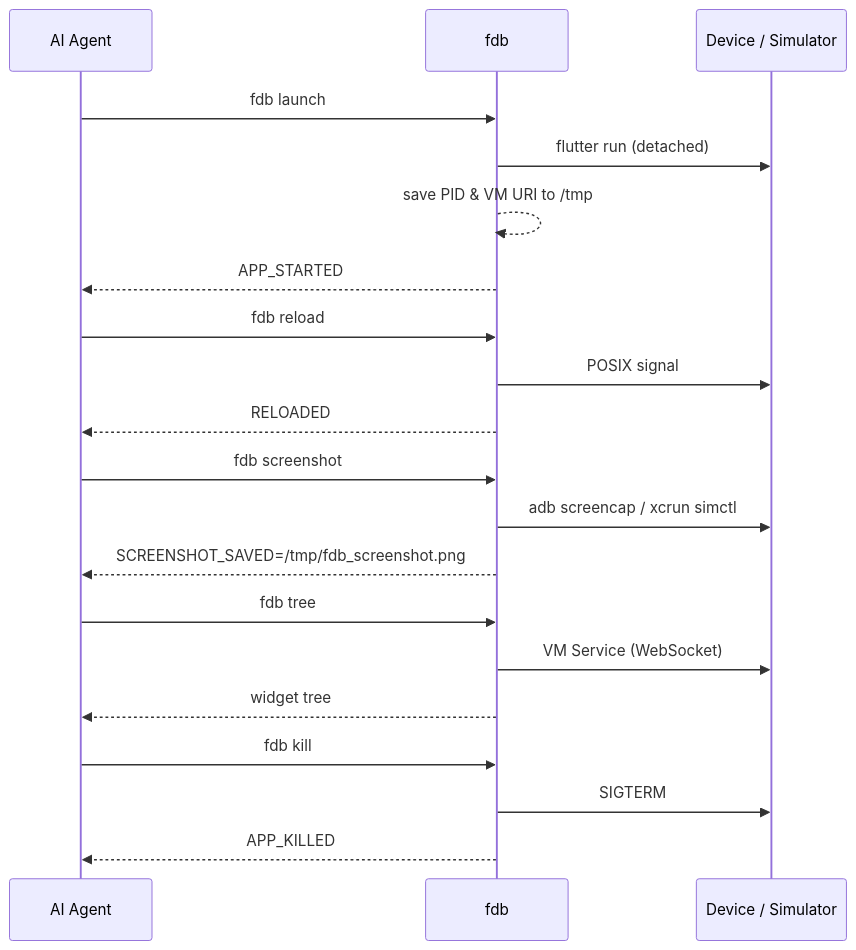
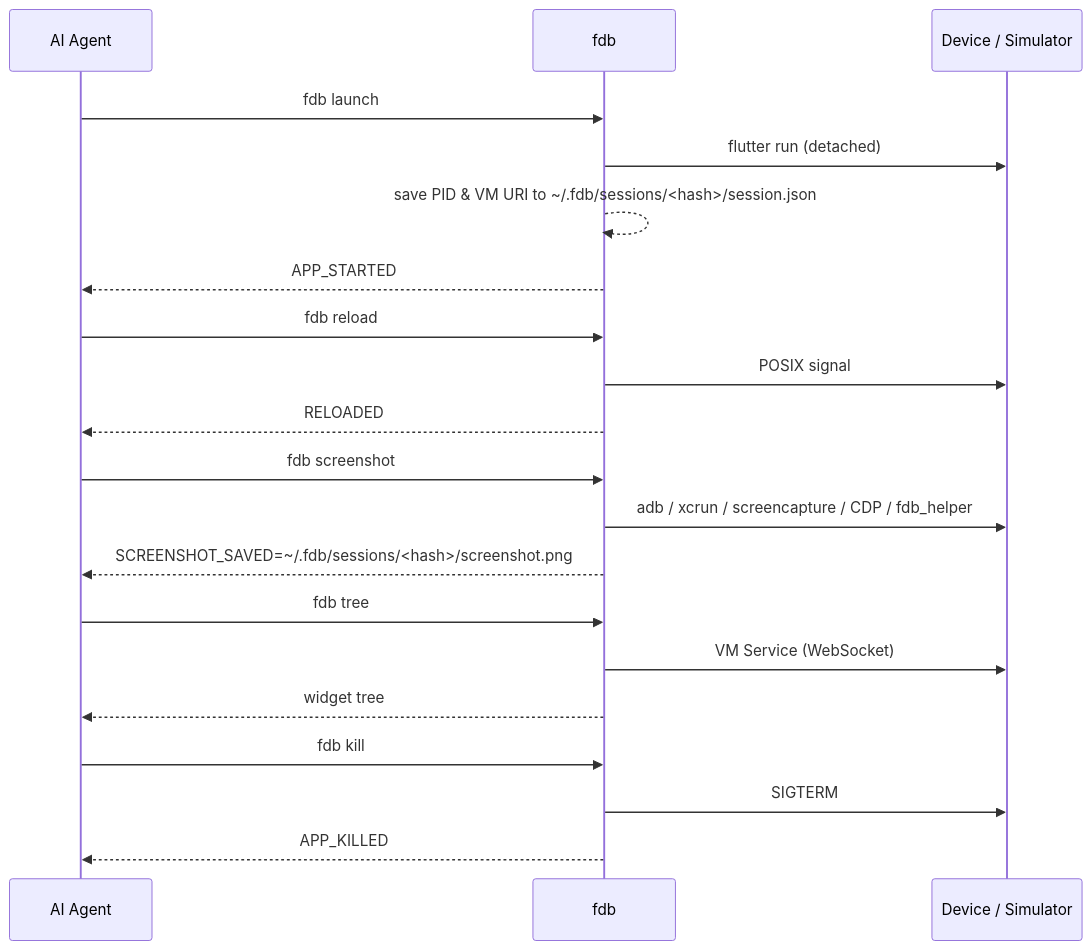
One commit to andrzejchm/fdb changed the diagram in README.md. Above: the diagram before and after it, drawn with Mermaid. The commit also changed other lines of this file and 27 other files, not shown here.

First line of the commit message:
feat: add all-platform screenshot support and session directory migration

````diff
--- a/README.md
+++ b/README.md
@@ -99,27 +99,27 @@
 ```mermaid
 sequenceDiagram
     participant Agent as AI Agent
     participant fdb
     participant Device as Device / Simulator
 
     Agent->>fdb: fdb launch
     fdb->>Device: flutter run (detached)
-    fdb-->>fdb: save PID & VM URI to /tmp
+    fdb-->>fdb: save PID & VM URI to ~/.fdb/sessions/<hash>/session.json
     fdb-->>Agent: APP_STARTED
 
     Agent->>fdb: fdb reload
     fdb->>Device: POSIX signal
     fdb-->>Agent: RELOADED
 
     Agent->>fdb: fdb screenshot
-    fdb->>Device: adb screencap / xcrun simctl
-    fdb-->>Agent: SCREENSHOT_SAVED=/tmp/fdb_screenshot.png
+    fdb->>Device: adb / xcrun / screencapture / CDP / fdb_helper
+    fdb-->>Agent: SCREENSHOT_SAVED=~/.fdb/sessions/<hash>/screenshot.png
 
     Agent->>fdb: fdb tree
     fdb->>Device: VM Service (WebSocket)
     fdb-->>Agent: widget tree
 
     Agent->>fdb: fdb kill
     fdb->>Device: SIGTERM
     fdb-->>Agent: APP_KILLED
 ```
````
